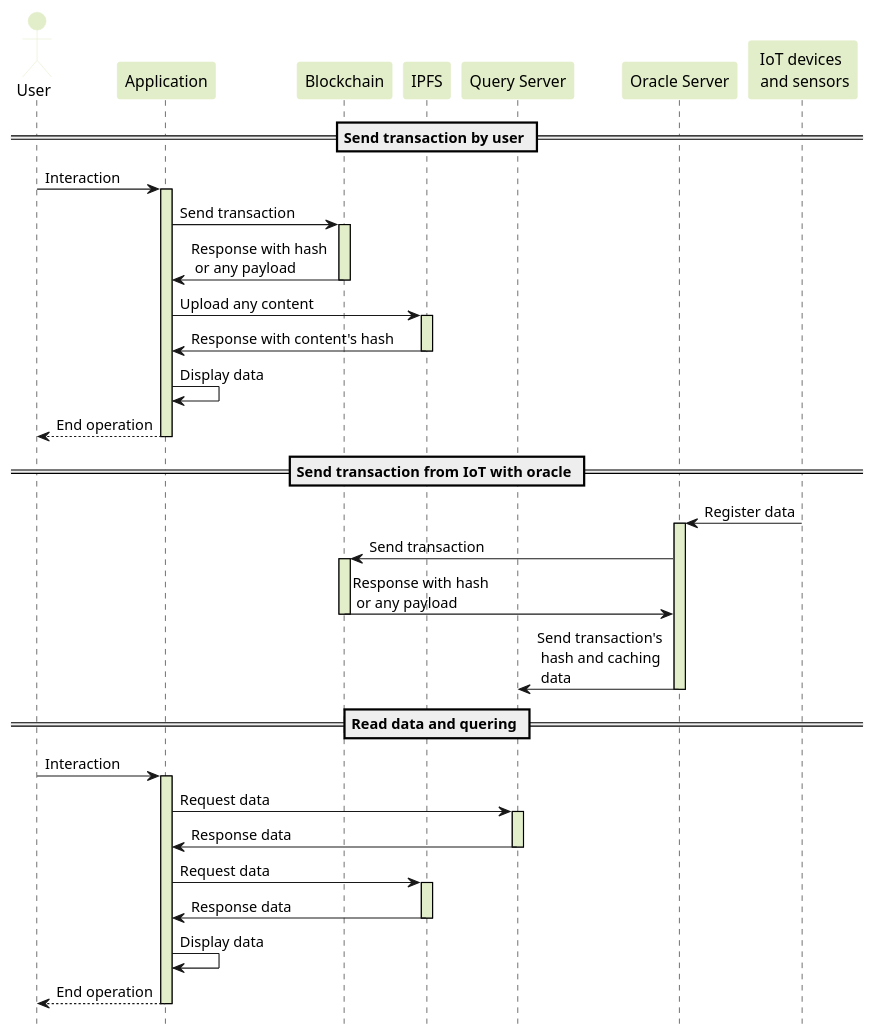
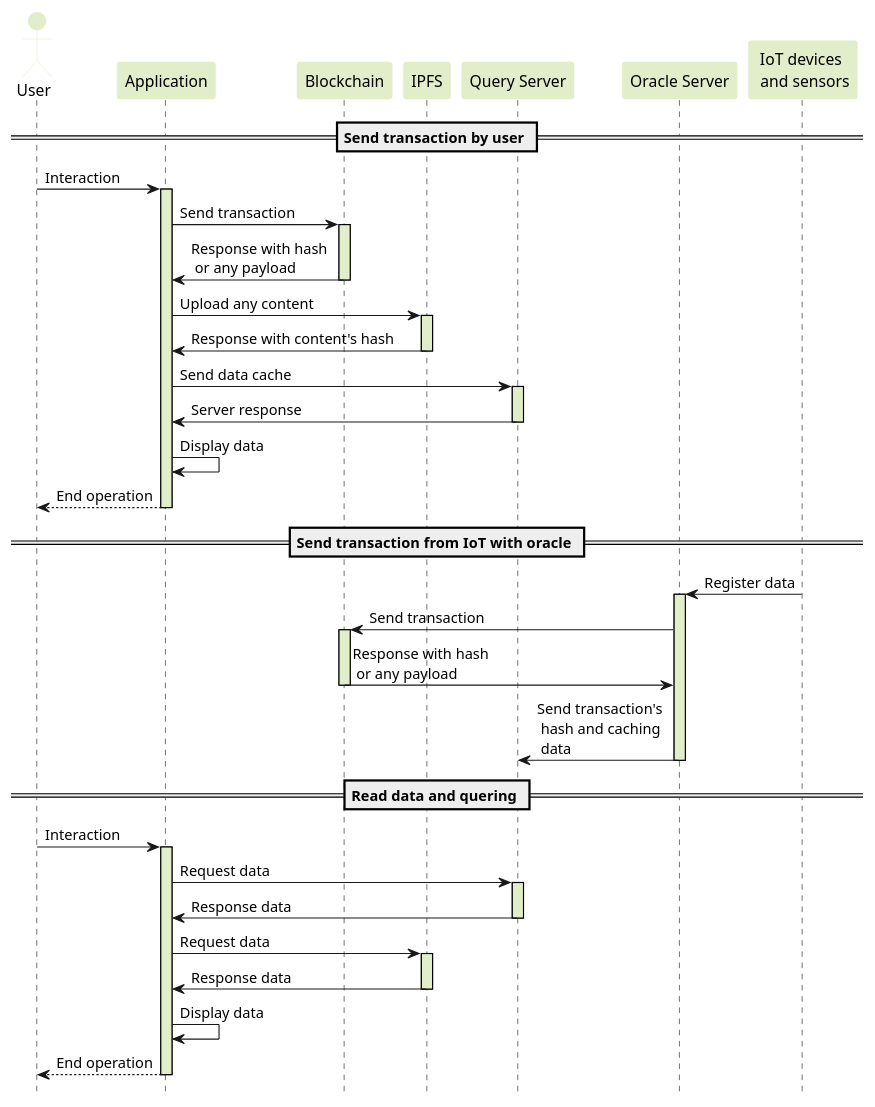
One commit to yokawaiik/order_management_system changed the diagram in docs/diagrams/PlantUML/sequence_diagram_oms.wsd. Above: the diagram before and after it, drawn with PlantUML. The commit also changed 3 other files, not shown here.

```diff
--- a/docs/diagrams/PlantUML/sequence_diagram_oms.wsd
+++ b/docs/diagrams/PlantUML/sequence_diagram_oms.wsd
@@ -1,89 +1,94 @@
 @startuml "Interaction of components in a decentralized application"
 hide footbox
 
 ' theme
 skinparam sequence {
     ActorBorderColor #e2eec9
 
     LifeLineBorderColor #000000
     LifeLineBackgroundColor #e2eec9
 
     ParticipantBorderColor #e2eec9
     ParticipantBackgroundColor #e2eec9
     ParticipantFontColor #000000
 
     ActorBackgroundColor #e2eec9
     ActorFontColor #000000
 }
 
 
 actor "User" as User
 participant "Application" as Application
 participant "Blockchain" as Blockchain
 participant "IPFS" as IPFS
 participant "Query Server" as QDB
 participant "Oracle Server" as Oracle
 participant "IoT devices \n and sensors" as IoT
 
 ' title "Send transaction"
 == Send transaction by user ==
 
 User -> Application : Interaction
 activate Application
 
 Application -> Blockchain : Send transaction
 activate Blockchain
 Application <- Blockchain : Response with hash \n or any payload
 deactivate Blockchain
 
 Application -> IPFS : Upload any content
 activate IPFS
 Application <- IPFS : Response with content's hash
 deactivate IPFS
+
+Application -> QDB : Send data cache
+activate QDB
+Application <- QDB : Server response
+deactivate QDB
 
 Application -> Application : Display data
 
 Application --> User : End operation
 deactivate Application
 
 == Send transaction from IoT with oracle ==
 
 IoT -> Oracle : Register data
 
 activate Oracle
 
 Oracle -> Blockchain : Send transaction
 activate Blockchain
 Oracle <- Blockchain :  Response with hash \n or any payload
 deactivate Blockchain
 Oracle -> QDB : Send transaction's \n hash and caching \n data
 
 deactivate Oracle
 
 ' newpage Read data and quering
 == Read data and quering ==
 
 User -> Application : Interaction
 activate Application
 
 Application -> QDB : Request data
 activate QDB
 Application <- QDB : Response data
 deactivate QDB
 
 Application -> IPFS : Request data
 activate IPFS
 Application <- IPFS : Response data
 deactivate IPFS
 Application -> Application : Display data
 
 Application --> User : End operation
 deactivate Application
 
 ' newpage S
 
 
 
 
 
 @enduml
```
